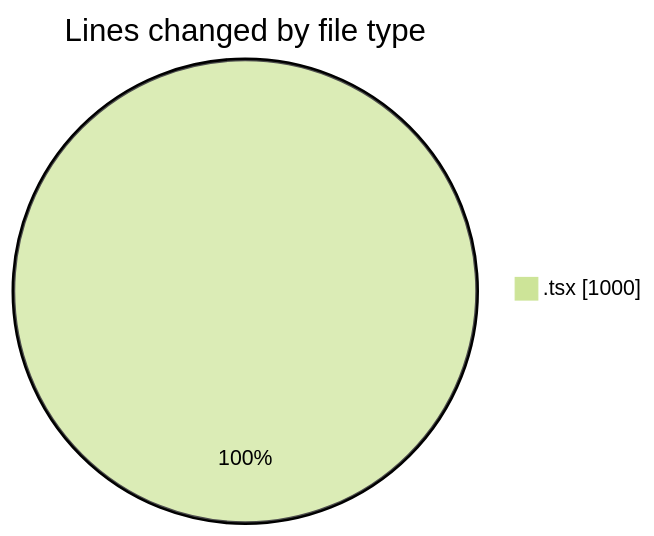
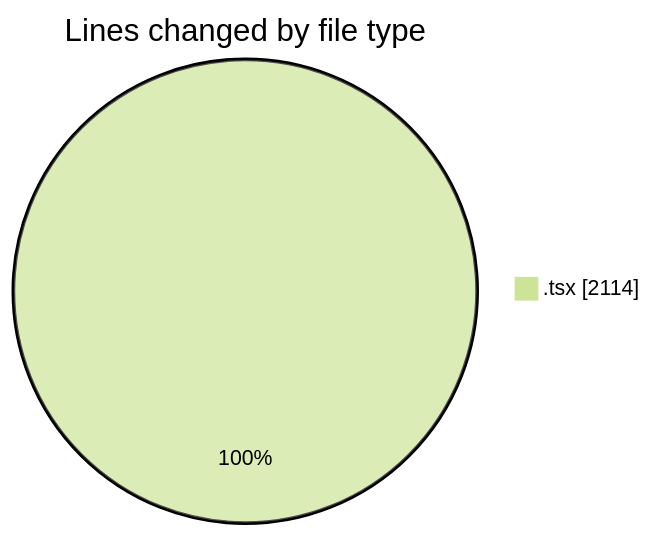
Before and after one commit to nxtqubesakshisongat/code-tracking: the first of 2 diagrams in 2026-06-22/nxtqube_webapp/README.md, drawn with Mermaid (forest theme). The commit also changed other lines of this file and 1 other file, not shown here.

````diff
--- a/2026-06-22/nxtqube_webapp/README.md
+++ b/2026-06-22/nxtqube_webapp/README.md
@@ -20,5 +21,5 @@
 ```mermaid
 pie showData
 title Lines changed by file type
-".tsx" : 1000
+".tsx" : 2114
 ```
````
